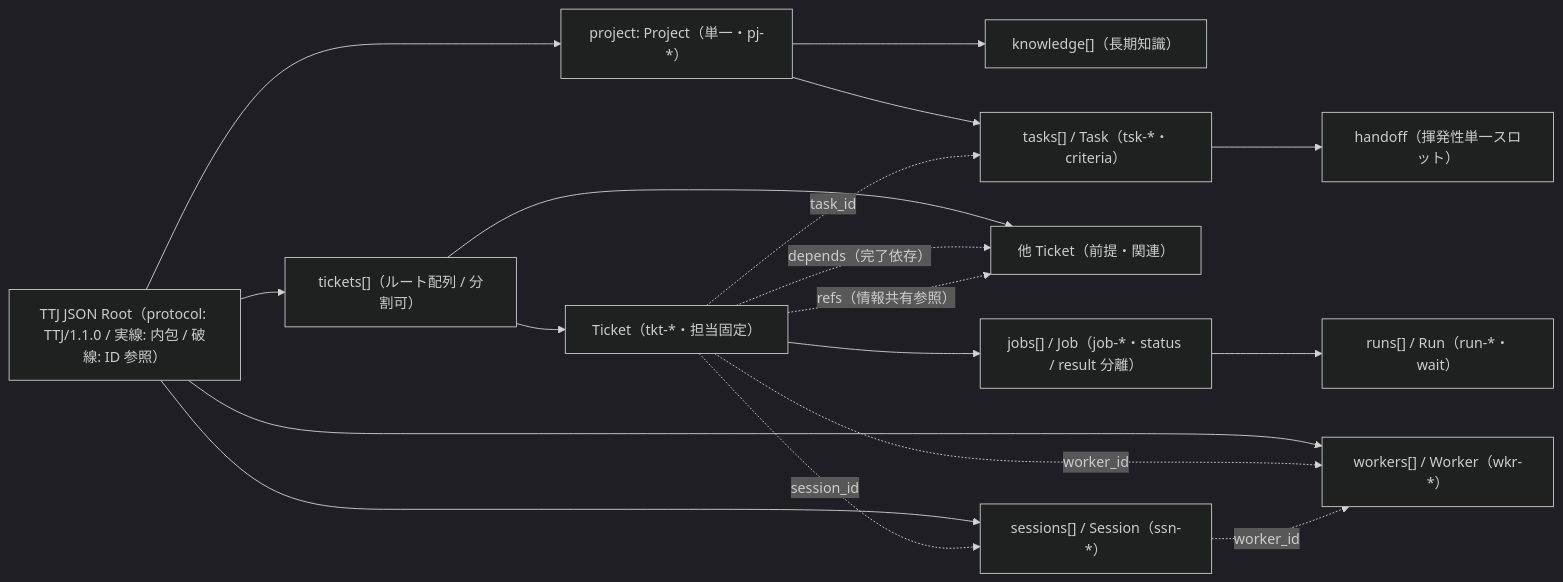
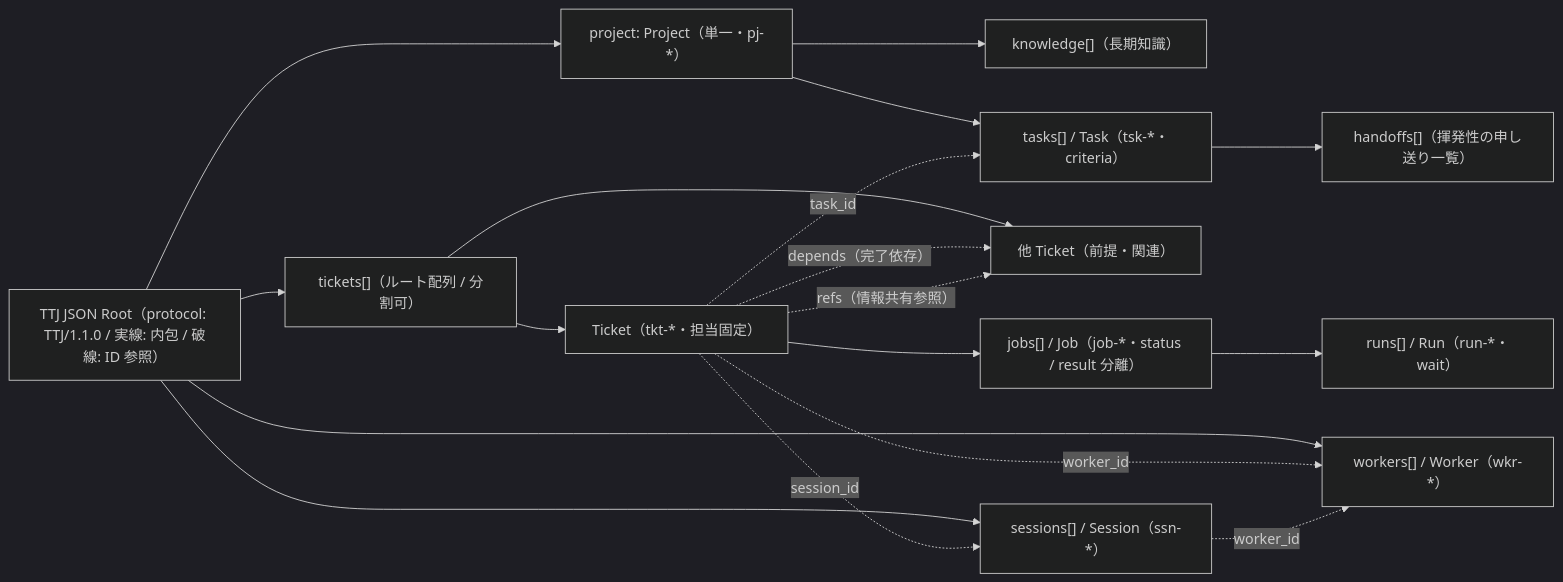
One commit to northwest-systems/TTJ changed the diagram in README.md. Above: the diagram before and after it, drawn with Mermaid (dark theme). The commit also changed other lines of this file and 4 other files, not shown here.

````diff
--- a/README.md
+++ b/README.md
@@ -9,39 +9,39 @@
 ```mermaid
 flowchart LR
     Root["TTJ JSON Root（protocol: TTJ/1.1.0 / 実線: 内包 / 破線: ID 参照）"]
 
     Project["project: Project（単一・pj-*）"]
     Knowledge["knowledge[]（長期知識）"]
     Task["tasks[] / Task（tsk-*・criteria）"]
-    Handoff["handoff（揮発性単一スロット）"]
+    Handoff["handoffs[]（揮発性の申し送り一覧）"]
 
     Tickets["tickets[]（ルート配列 / 分割可）"]
     Ticket["Ticket（tkt-*・担当固定）"]
     OtherTicket["他 Ticket（前提・関連）"]
     Jobs["jobs[] / Job（job-*・status / result 分離）"]
     Runs["runs[] / Run（run-*・wait）"]
 
     Session["sessions[] / Session（ssn-*）"]
     Worker["workers[] / Worker（wkr-*）"]
 
     Root --> Project
     Root --> Tickets
     Root --> Session
     Root --> Worker
 
     Project --> Knowledge
     Project --> Task
     Task --> Handoff
 
     Tickets --> Ticket
     Tickets --> OtherTicket
     Ticket --> Jobs
     Jobs --> Runs
 
     Ticket -. "task_id" .-> Task
     Ticket -. "depends（完了依存）" .-> OtherTicket
     Ticket -. "refs（情報共有参照）" .-> OtherTicket
     Ticket -. "session_id" .-> Session
     Ticket -. "worker_id" .-> Worker
     Session -. "worker_id" .-> Worker
 ```
````
